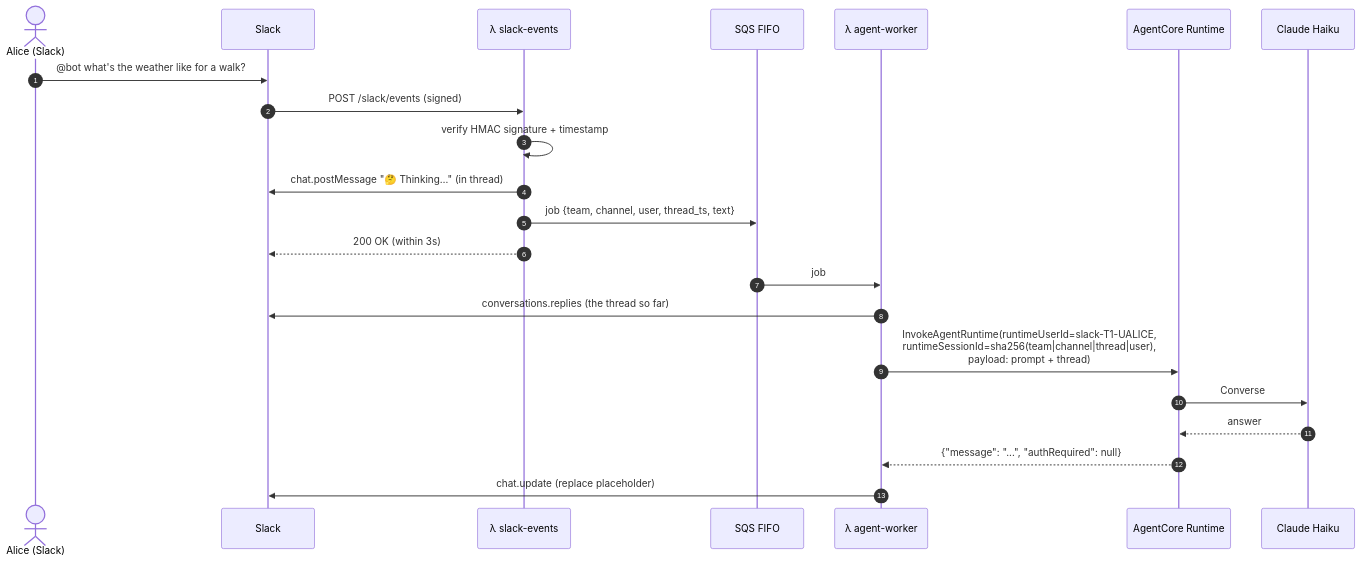
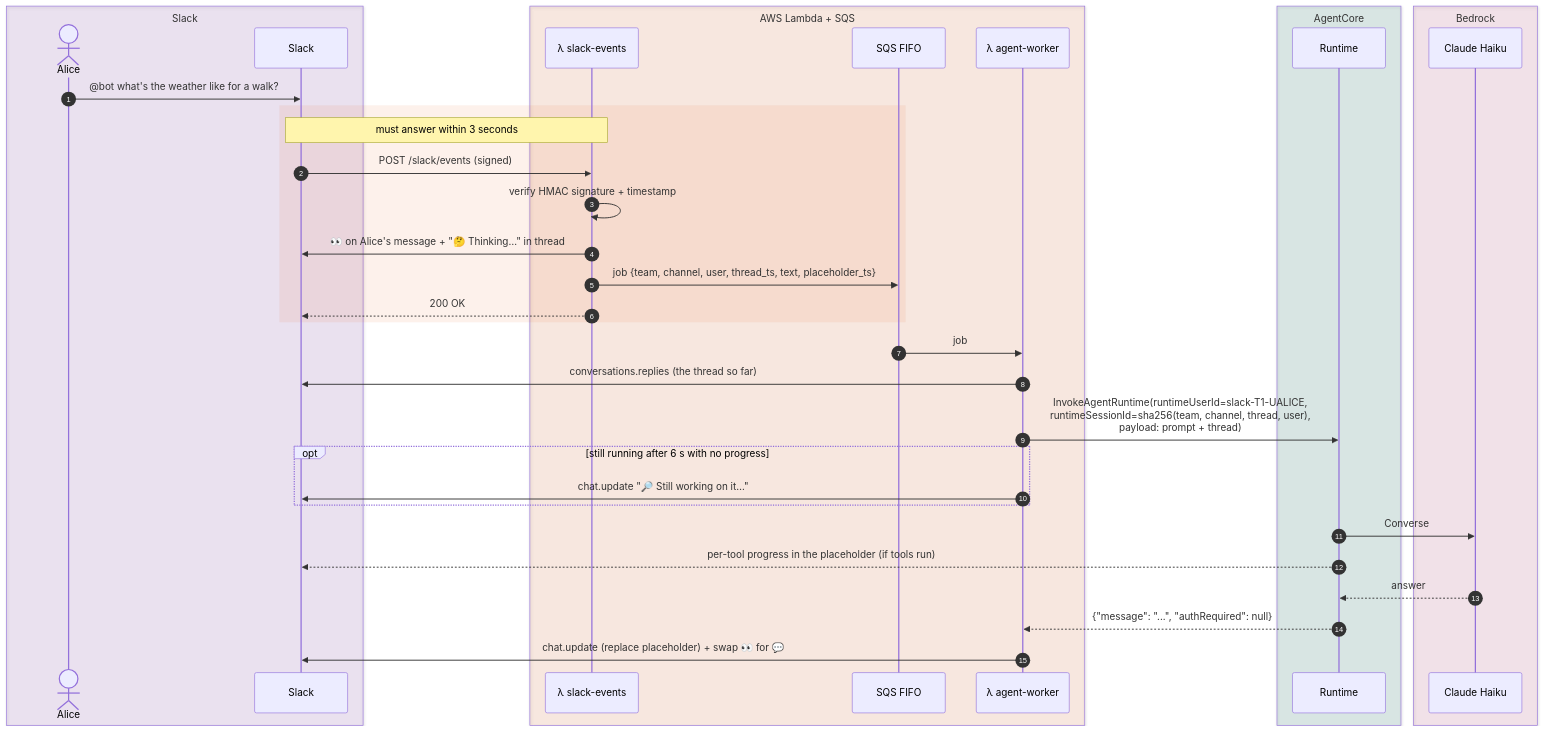
The seventh of 12 diagrams in docs/architecture.md (agent-runtime-labs/slack-agentcore-app), drawn with Mermaid before and after one commit. The commit also changed other lines of this file and 2 other files, not shown here.

Commit message:
Updated Architecture (#28)

````diff
--- a/docs/architecture.md
+++ b/docs/architecture.md
@@ -94,25 +331,40 @@
 ```mermaid
 sequenceDiagram
     autonumber
-    actor A as Alice (Slack)
-    participant S as Slack
-    participant E as λ slack-events
-    participant Q as SQS FIFO
-    participant W as λ agent-worker
-    participant R as AgentCore Runtime
-    participant M as Claude Haiku
+    box rgba(106,27,154,0.10) Slack
+        actor A as Alice
+        participant S as Slack
+    end
+    box rgba(230,81,0,0.10) AWS Lambda + SQS
+        participant E as λ slack-events
+        participant Q as SQS FIFO
+        participant W as λ agent-worker
+    end
+    box rgba(0,105,92,0.12) AgentCore
+        participant R as Runtime
+    end
+    box rgba(173,20,87,0.10) Bedrock
+        participant M as Claude Haiku
+    end
 
     A->>S: @bot what's the weather like for a walk?
-    S->>E: POST /slack/events (signed)
-    E->>E: verify HMAC signature + timestamp
-    E->>S: chat.postMessage "🤔 Thinking…" (in thread)
-    E->>Q: job {team, channel, user, thread_ts, text}
-    E-->>S: 200 OK (within 3s)
+    rect rgba(230,81,0,0.08)
+        Note over S,E: must answer within 3 seconds
+        S->>E: POST /slack/events (signed)
+        E->>E: verify HMAC signature + timestamp
+        E->>S: 👀 on Alice's message + "🤔 Thinking…" in thread
+        E->>Q: job {team, channel, user, thread_ts, text, placeholder_ts}
+        E-->>S: 200 OK
+    end
     Q->>W: job
     W->>S: conversations.replies (the thread so far)
-    W->>R: InvokeAgentRuntime(runtimeUserId=slack-T1-UALICE,<br/>runtimeSessionId=sha256(team|channel|thread|user),<br/>payload: prompt + thread)
+    W->>R: InvokeAgentRuntime(runtimeUserId=slack-T1-UALICE,<br/>runtimeSessionId=sha256(team, channel, thread, user),<br/>payload: prompt + thread)
+    opt still running after 6 s with no progress
+        W->>S: chat.update "🔎 Still working on it…"
+    end
     R->>M: Converse
+    R-->>S: per-tool progress in the placeholder (if tools run)
     M-->>R: answer
     R-->>W: {"message": "...", "authRequired": null}
-    W->>S: chat.update (replace placeholder)
+    W->>S: chat.update (replace placeholder) + swap 👀 for 💬
 ```
````
